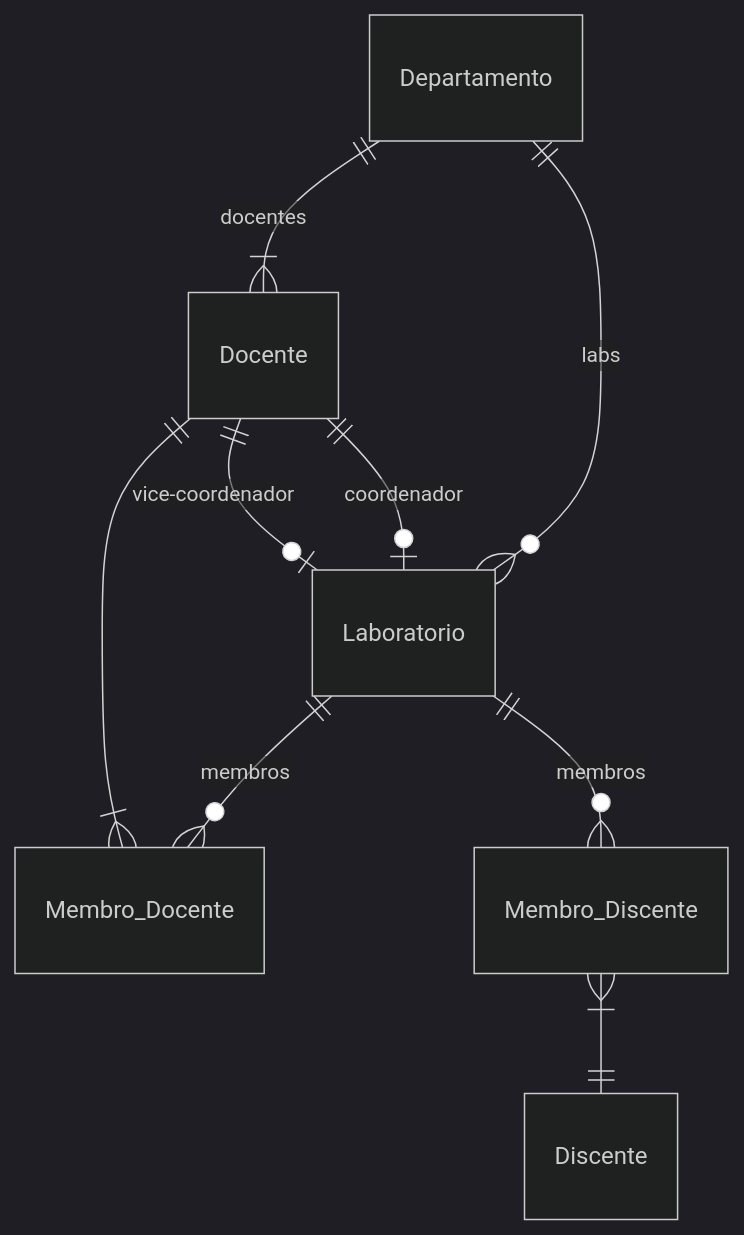
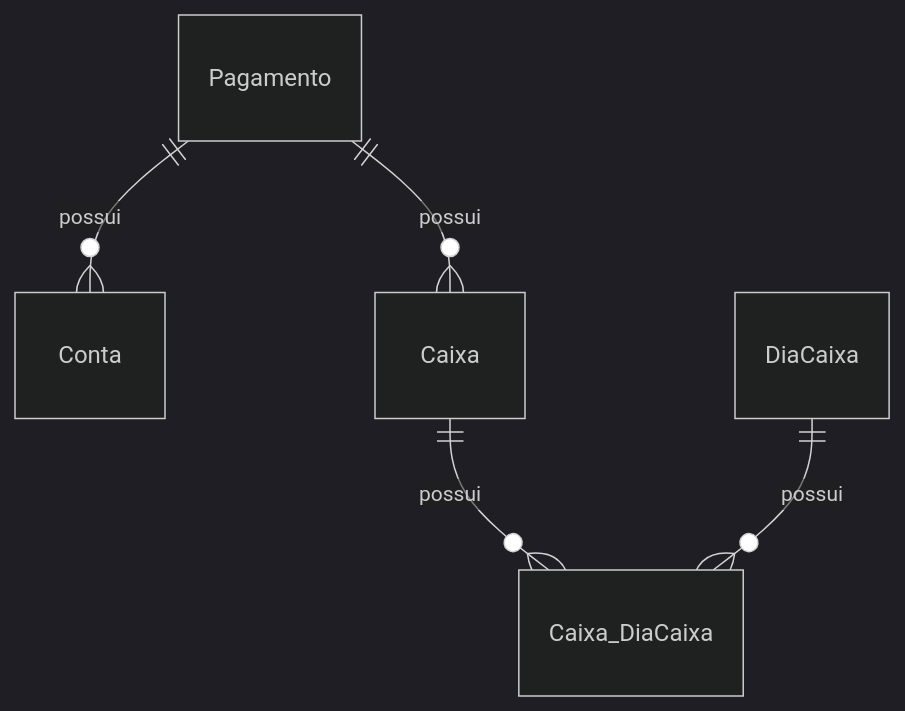
The second of 2 diagrams in docs/doc-modelos.md (melquetrindade/sigQueijaria), drawn with Mermaid (dark theme) before and after one commit.

Commit message:
concluíndo a tarefa sobre o Modelo de Dados (Entidade-Relacionamento) #25

````diff
--- a/docs/doc-modelos.md
+++ b/docs/doc-modelos.md
@@ -338,11 +338,7 @@
 ```mermaid
 erDiagram
-    Departamento ||--o{ Laboratorio : labs
-    Departamento ||--|{ Docente : docentes
-    Docente ||--o| Laboratorio : coordenador
-    Docente ||--o| Laboratorio : vice-coordenador
-    Laboratorio ||--o{ Membro_Docente : membros
-    Docente ||--|{ Membro_Docente : ""
-    Laboratorio ||--o{ Membro_Discente : membros
-    Membro_Discente }|--|| Discente: ""
+    Pagamento ||--o{ Conta : possui
+    Pagamento ||--o{ Caixa : possui
+    Caixa ||--o{ Caixa_DiaCaixa : possui
+    DiaCaixa ||--o{ Caixa_DiaCaixa : possui
 ```
````
